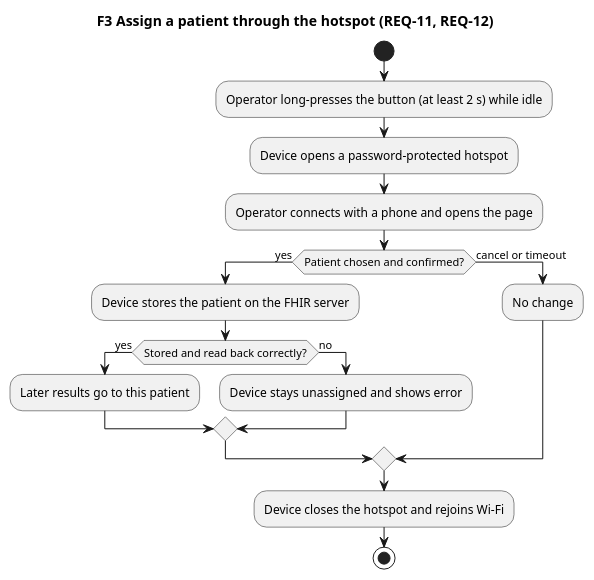
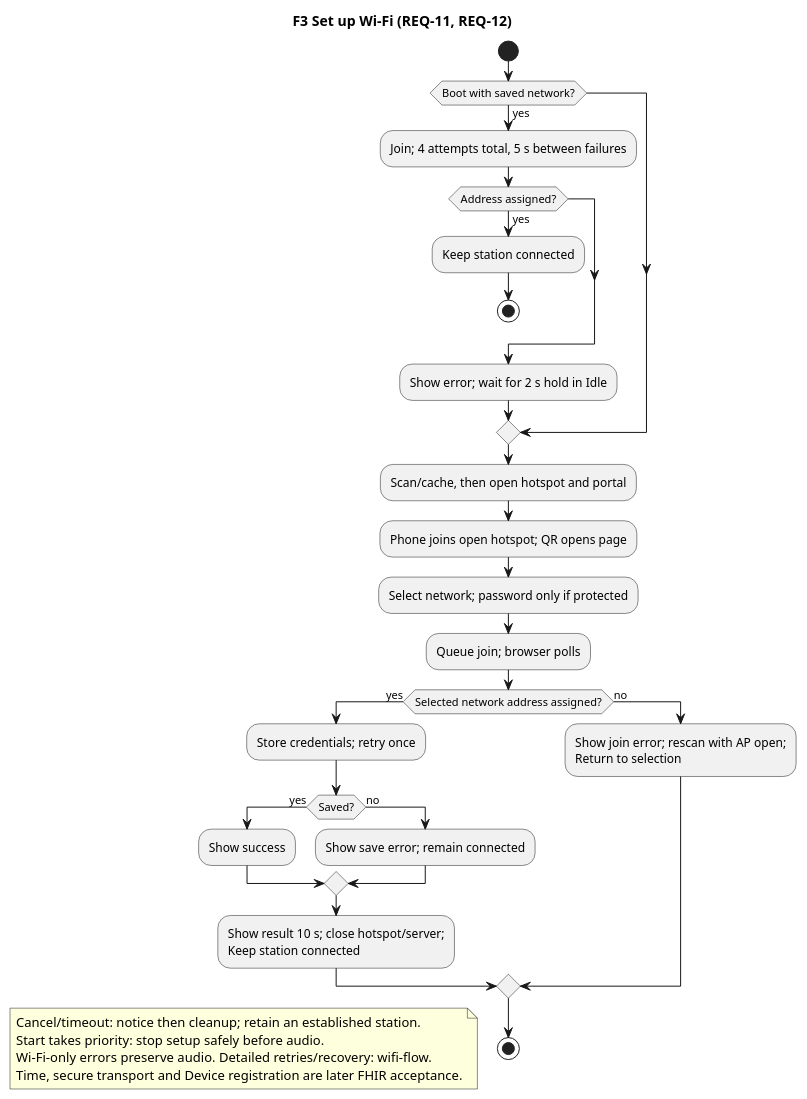
Before and after one commit to DemonicPsychoII/DigitalStethoscope: the diagram in Development/system/requirements/use-cases/uc-03-assign-patient.puml, drawn with PlantUML. The commit also changed 90 other files, not shown here.

```diff
--- a/Development/system/requirements/use-cases/uc-03-assign-patient.puml
+++ b/Development/system/requirements/use-cases/uc-03-assign-patient.puml
@@ -1,21 +1,36 @@
 @startuml uc_03_assign_patient
 skinparam shadowing false
 skinparam defaultFontName SansSerif
-title F3 Assign a patient through the hotspot (REQ-11, REQ-12)
+title F3 Set up Wi-Fi (REQ-11, REQ-12)
 start
-:Operator long-presses the button (at least 2 s) while idle;
-:Device opens a password-protected hotspot;
-:Operator connects with a phone and opens the page;
-if (Patient chosen and confirmed?) then (yes)
- :Device stores the patient on the FHIR server;
- if (Stored and read back correctly?) then (yes)
-  :Later results go to this patient;
+if (Boot with saved network?) then (yes)
+ :Join; 4 attempts total, 5 s between failures;
+ if (Address assigned?) then (yes)
+  :Keep station connected;
+  stop
+ endif
+ :Show error; wait for 2 s hold in Idle;
+endif
+:Scan/cache, then open hotspot and portal;
+:Phone joins open hotspot; QR opens page;
+:Select network; password only if protected;
+:Queue join; browser polls;
+if (Selected network address assigned?) then (yes)
+ :Store credentials; retry once;
+ if (Saved?) then (yes)
+  :Show success;
  else (no)
-  :Device stays unassigned and shows error;
+  :Show save error; remain connected;
  endif
-else (cancel or timeout)
- :No change;
+ :Show result 10 s; close hotspot/server;\nKeep station connected;
+else (no)
+ :Show join error; rescan with AP open;\nReturn to selection;
 endif
-:Device closes the hotspot and rejoins Wi-Fi;
 stop
+floating note
+ Cancel/timeout: notice then cleanup; retain an established station.
+ Start takes priority: stop setup safely before audio.
+ Wi-Fi-only errors preserve audio. Detailed retries/recovery: wifi-flow.
+ Time, secure transport and Device registration are later FHIR acceptance.
+end note
 @enduml
```
